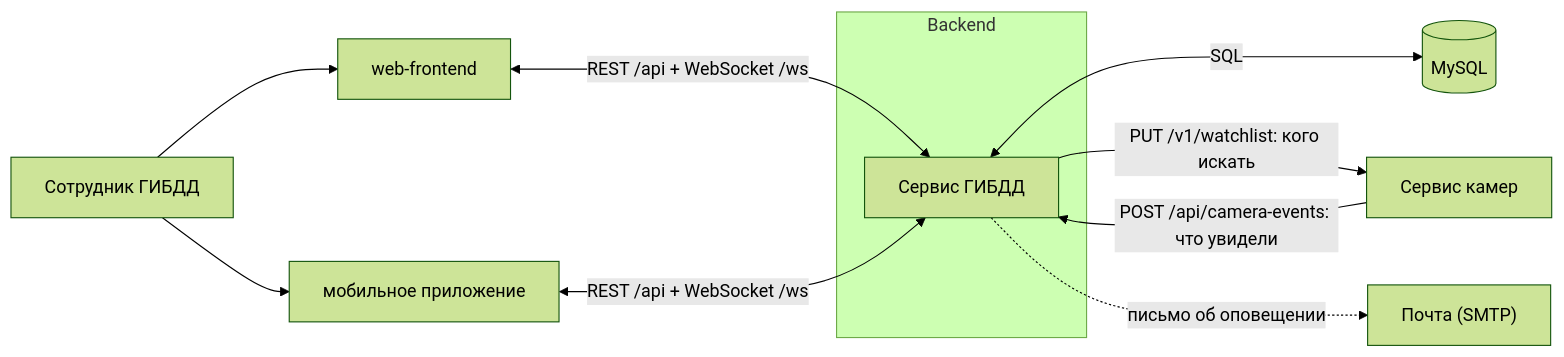
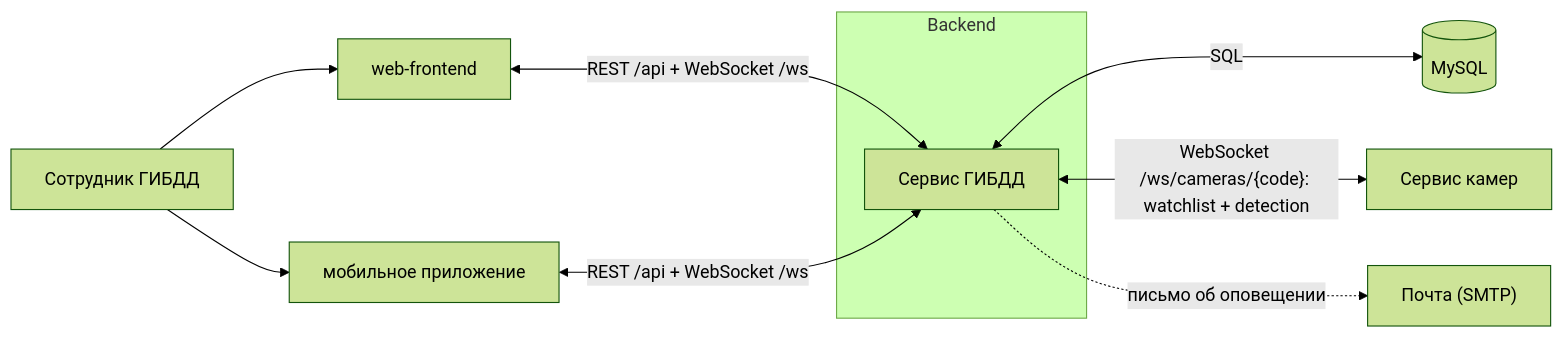
The first of 2 diagrams in README.md (BelozerovaA/gibdd-system), drawn with Mermaid (forest theme) before and after one commit. The commit also changed other lines of this file and 25 other files, not shown here.

````diff
--- a/README.md
+++ b/README.md
@@ -23,14 +23,13 @@
 ```mermaid
 flowchart LR
     U["Сотрудник ГИБДД"] --> W["web-frontend"]
     U --> M["мобильное приложение"]
     W <-->|"REST /api + WebSocket /ws"| G
     M <-->|"REST /api + WebSocket /ws"| G
     subgraph backend["Backend"]
         G["Сервис ГИБДД"]
     end
     G <-->|"SQL"| DB[("MySQL")]
-    G -->|"PUT /v1/watchlist: кого искать"| K["Сервис камер"]
-    K -->|"POST /api/camera-events: что увидели"| G
+    G <-->|"WebSocket /ws/cameras/{code}: watchlist + detection"| K["Сервис камер"]
     G -.->|"письмо об оповещении"| P["Почта (SMTP)"]
 ```
````
